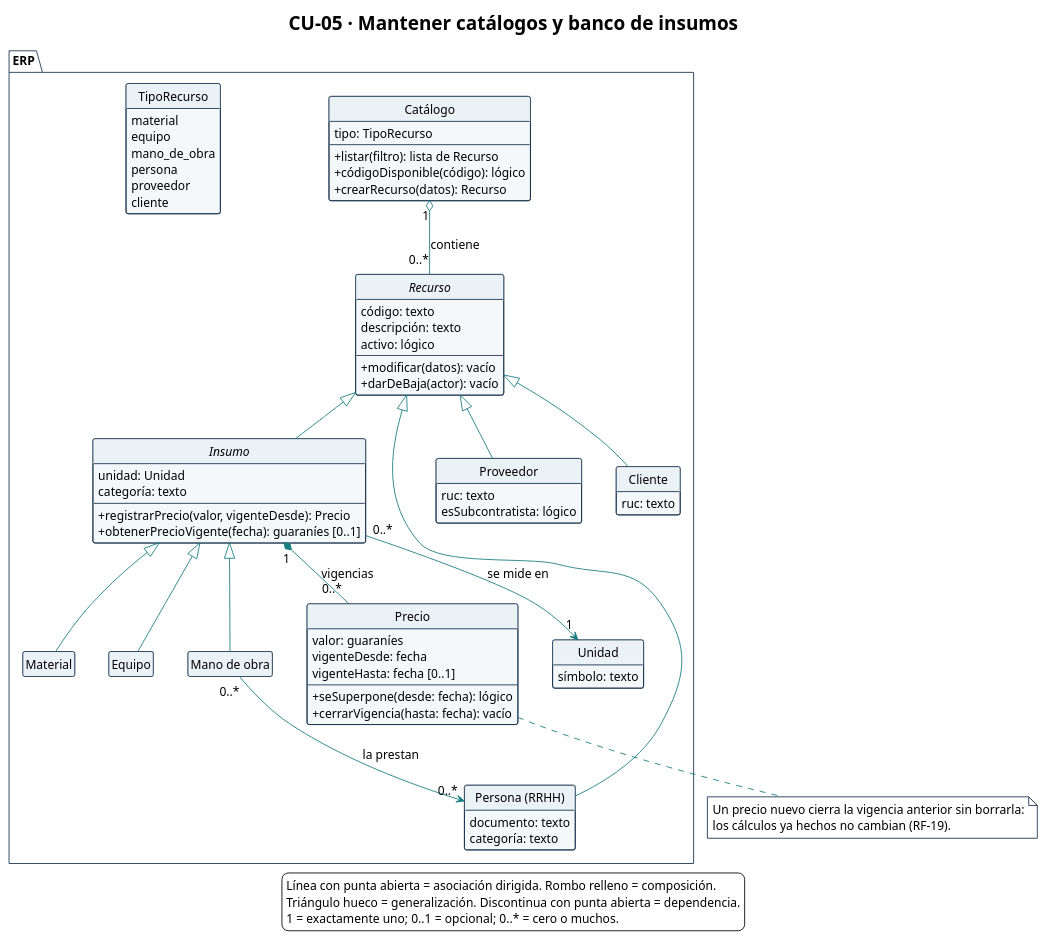
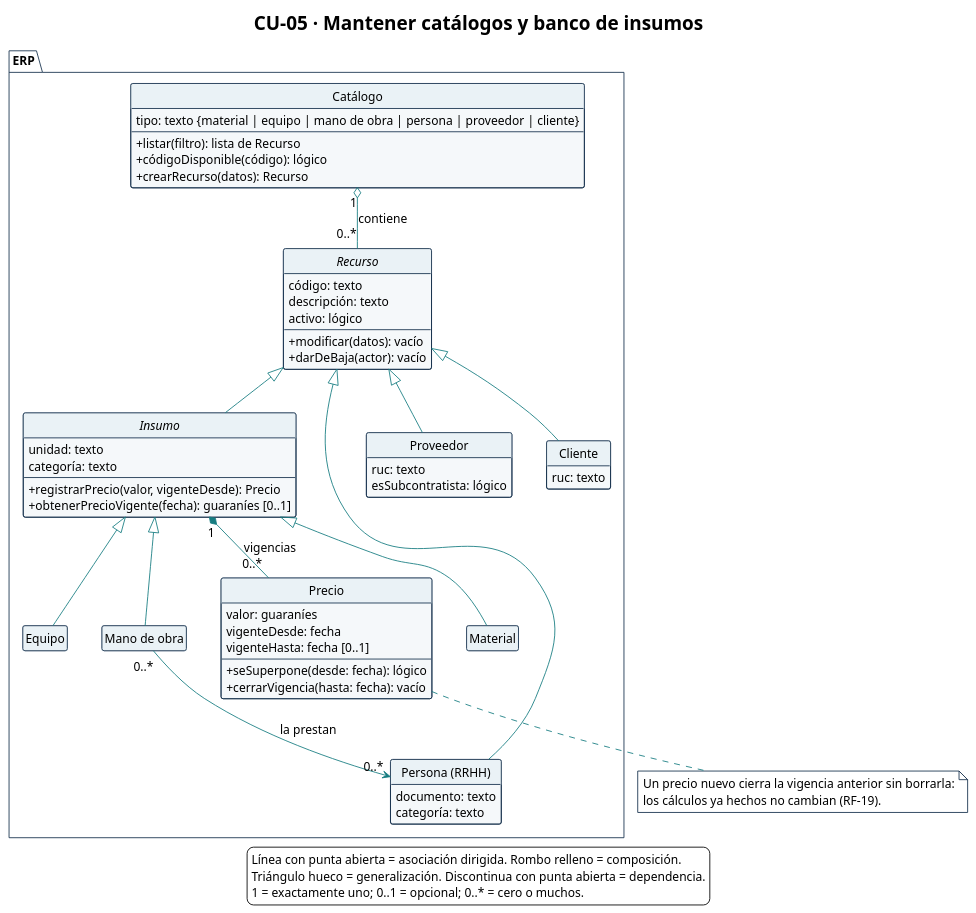
The diagram in diagramas/CU-05-clases.puml (Ssrrb/tpf-uca), drawn with PlantUML before and after one commit. The commit also changed 11 other files, not shown here.

```diff
--- a/diagramas/CU-05-clases.puml
+++ b/diagramas/CU-05-clases.puml
@@ -1,117 +1,103 @@
 @startuml
 !theme plain
 skinparam style strictuml
 title CU-05 · Mantener catálogos y banco de insumos
 hide circle
 hide empty methods
 hide empty fields
 skinparam shadowing false
 skinparam classAttributeIconSize 0
 skinparam defaultFontName Arial
 skinparam defaultFontSize 14
 skinparam nodesep 40
 skinparam ranksep 50
 skinparam ArrowColor #167C80
 skinparam class {
   BackgroundColor #F5F8FA
   BorderColor #17324D
   HeaderBackgroundColor #EAF2F6
 }
 skinparam package {
   BackgroundColor #FFFFFF
   BorderColor #17324D
 }
 skinparam note {
   BackgroundColor #FFFFFF
   BorderColor #17324D
 }
 package "ERP" {
   class "Catálogo" as Catalogo {
-    tipo: TipoRecurso
+    tipo: texto {material | equipo | mano de obra | persona | proveedor | cliente}
     --
     + listar(filtro): lista de Recurso
     + códigoDisponible(código): lógico
     + crearRecurso(datos): Recurso
   }
 
   abstract class Recurso {
     código: texto
     descripción: texto
     activo: lógico
     --
     + modificar(datos): vacío
     + darDeBaja(actor): vacío
   }
 
   abstract class Insumo {
-    unidad: Unidad
+    unidad: texto
     categoría: texto
     --
     + registrarPrecio(valor, vigenteDesde): Precio
     + obtenerPrecioVigente(fecha): guaraníes [0..1]
   }
 
   class Material
   class Equipo
   class "Mano de obra" as ManoDeObra
 
   class "Persona (RRHH)" as Persona {
     documento: texto
     categoría: texto
   }
 
   class Proveedor {
     ruc: texto
     esSubcontratista: lógico
   }
 
   class Cliente {
     ruc: texto
   }
 
-  class Unidad {
-    símbolo: texto
-  }
-
   class Precio {
     valor: guaraníes
     vigenteDesde: fecha
     vigenteHasta: fecha [0..1]
     --
     + seSuperpone(desde: fecha): lógico
     + cerrarVigencia(hasta: fecha): vacío
-  }
-
-  enum TipoRecurso {
-    material
-    equipo
-    mano_de_obra
-    persona
-    proveedor
-    cliente
   }
 }
 
 Recurso <|-- Insumo
 Insumo <|-- Material
 Insumo <|-- Equipo
 Insumo <|-- ManoDeObra
 Recurso <|-- Persona
 Recurso <|-- Proveedor
 Recurso <|-- Cliente
 Catalogo "1" o-- "0..*" Recurso : contiene
-Insumo "0..*" --> "1" Unidad : se mide en
 Insumo "1" *-- "0..*" Precio : vigencias
 ManoDeObra "0..*" --> "0..*" Persona : la prestan
 
 note bottom of Precio
   Un precio nuevo cierra la vigencia anterior sin borrarla:
   los cálculos ya hechos no cambian (RF-19).
 end note
 
 legend bottom
   Línea con punta abierta = asociación dirigida. Rombo relleno = composición.
   Triángulo hueco = generalización. Discontinua con punta abierta = dependencia.
   1 = exactamente uno; 0..1 = opcional; 0..* = cero o muchos.
 endlegend
 @enduml
```
